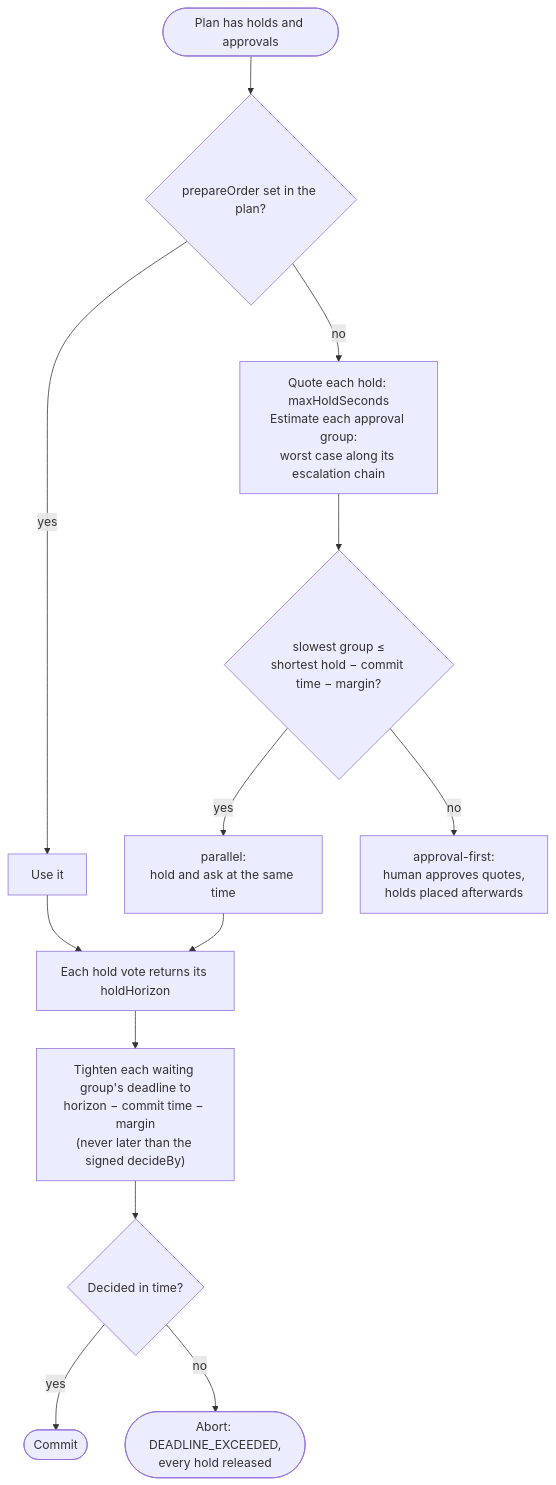
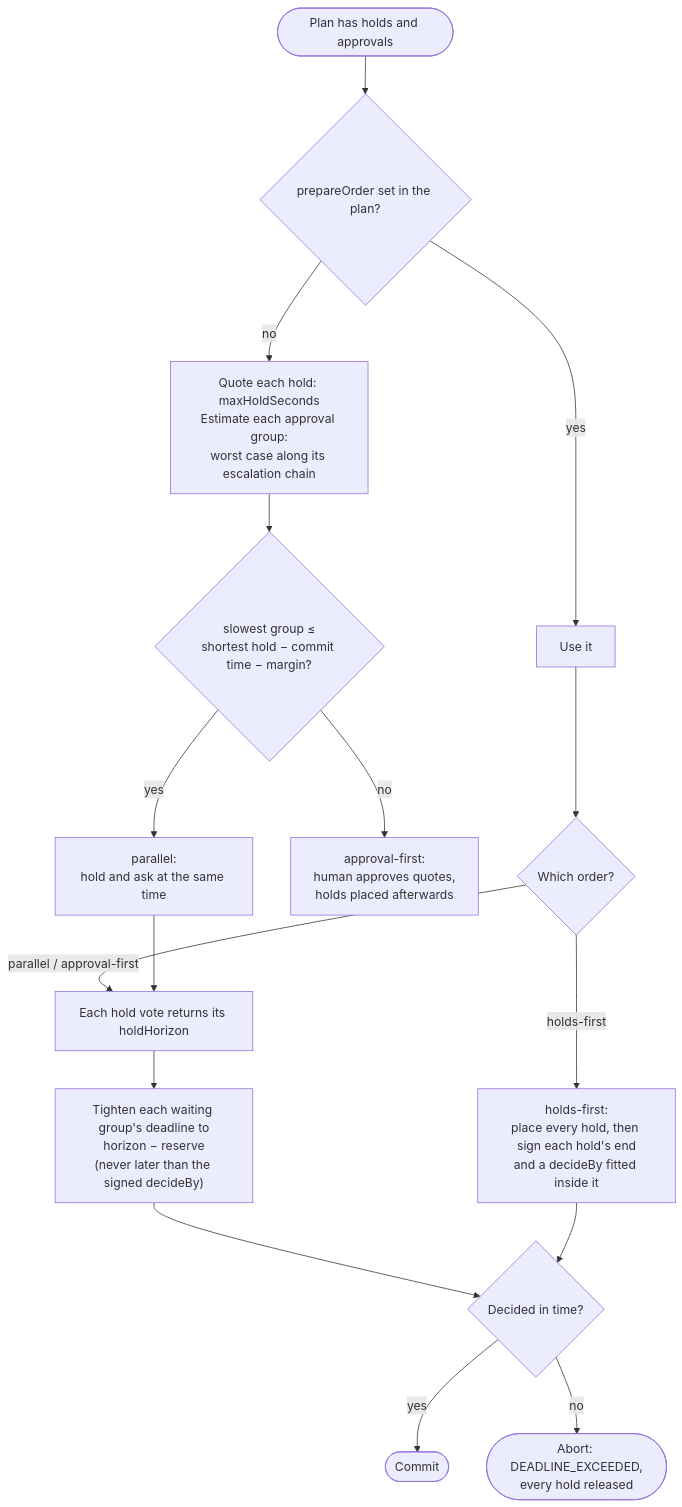
One commit to probita-ai/hatp changed the second of 3 diagrams in README.md. Above: the diagram before and after it, drawn with Mermaid. The commit also changed other lines of this file and 6 other files, not shown here.

First line of the commit message:
Docs: diagrams and fuller explanations in the npm READMEs

````diff
--- a/README.md
+++ b/README.md
@@ -63,15 +63,18 @@
 ```mermaid
 flowchart TD
     start(["Plan has holds and approvals"]) --> set{"prepareOrder set in the plan?"}
     set -- yes --> keep["Use it"]
     set -- no --> ask["Quote each hold: maxHoldSeconds<br/>Estimate each approval group:<br/>worst case along its escalation chain"]
     ask --> fits{"slowest group ≤<br/>shortest hold − commit time − margin?"}
     fits -- yes --> par["parallel:<br/>hold and ask at the same time"]
     fits -- no --> af["approval-first:<br/>human approves quotes,<br/>holds placed afterwards"]
+    keep --> which{"Which order?"}
+    which -- "parallel / approval-first" --> vote
+    which -- holds-first --> hf["holds-first:<br/>place every hold, then sign each hold's end<br/>and a decideBy fitted inside it"]
     par --> vote["Each hold vote returns its holdHorizon"]
-    keep --> vote
-    vote --> tight["Tighten each waiting group's deadline to<br/>horizon − commit time − margin<br/>(never later than the signed decideBy)"]
+    vote --> tight["Tighten each waiting group's deadline to<br/>horizon − reserve<br/>(never later than the signed decideBy)"]
     tight --> done{"Decided in time?"}
+    hf --> done
     done -- yes --> commit(["Commit"])
     done -- no --> abort(["Abort: DEADLINE_EXCEEDED,<br/>every hold released"])
 ```
````
